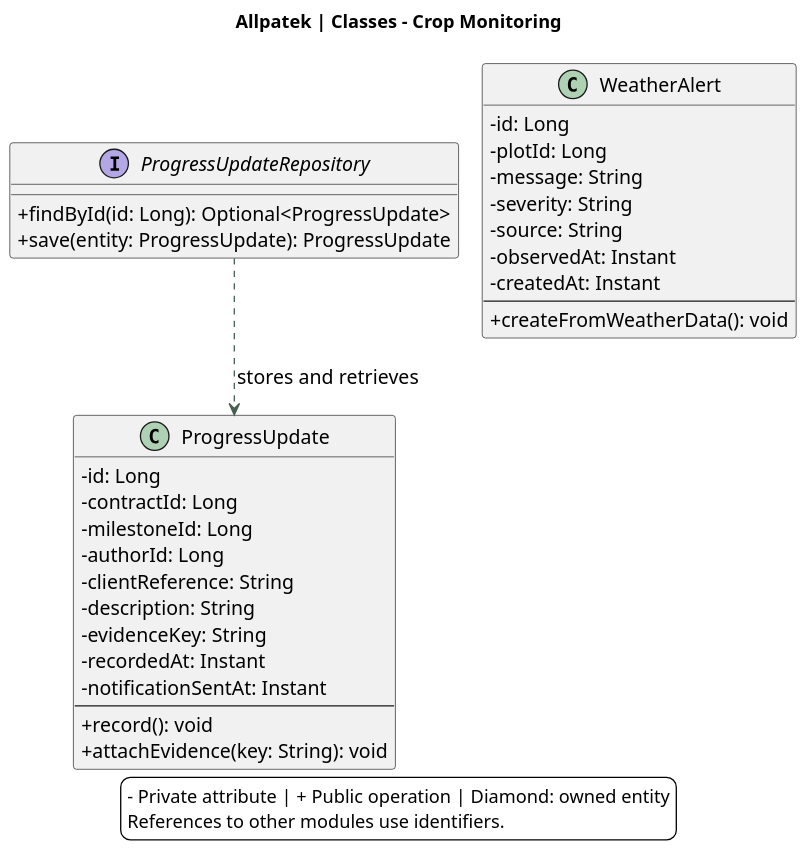
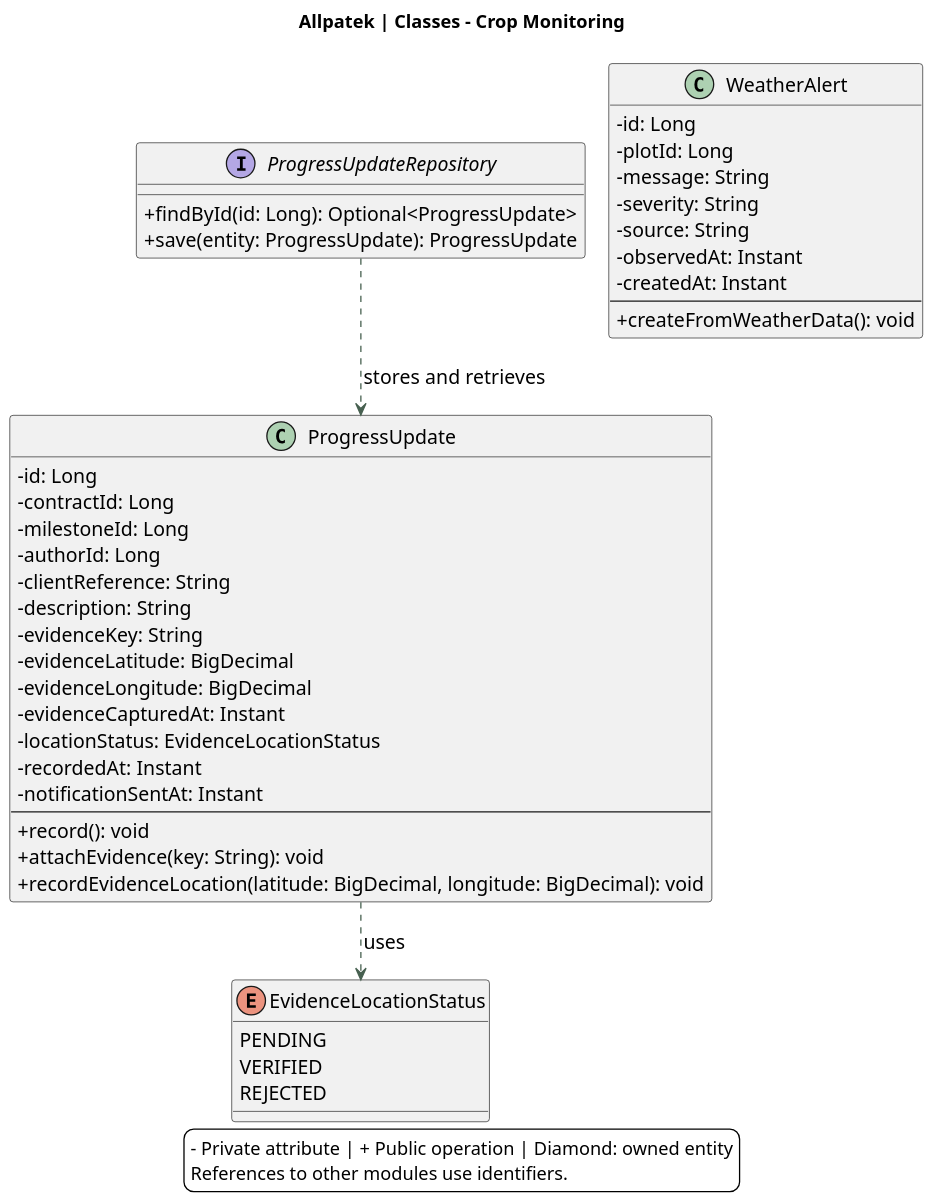
Before and after one commit to upc-pre-202620-1asi0729-7753-Terranova/allpatek-report: the diagram in assets/chapter-04/architecture/12-classes-monitoring.puml, drawn with PlantUML. The commit also changed 12 other files, not shown here.

Commit message:
docs(architecture): add verification and evidence fields

```diff
--- a/assets/chapter-04/architecture/12-classes-monitoring.puml
+++ b/assets/chapter-04/architecture/12-classes-monitoring.puml
@@ -1,46 +1,57 @@
 @startuml
 !pragma layout smetana
 skinparam backgroundColor white
 skinparam defaultFontName SansSerif
 skinparam defaultFontSize 15
 skinparam shadowing false
 skinparam classAttributeIconSize 0
 skinparam ArrowColor #476050
 skinparam dpi 140
 title Allpatek | Classes - Crop Monitoring
 top to bottom direction
 class ProgressUpdate {
  -id: Long
  -contractId: Long
  -milestoneId: Long
  -authorId: Long
  -clientReference: String
  -description: String
  -evidenceKey: String
+ -evidenceLatitude: BigDecimal
+ -evidenceLongitude: BigDecimal
+ -evidenceCapturedAt: Instant
+ -locationStatus: EvidenceLocationStatus
  -recordedAt: Instant
  -notificationSentAt: Instant
  --
 +record(): void
 +attachEvidence(key: String): void
++recordEvidenceLocation(latitude: BigDecimal, longitude: BigDecimal): void
 }
 class WeatherAlert {
  -id: Long
  -plotId: Long
  -message: String
  -severity: String
  -source: String
  -observedAt: Instant
  -createdAt: Instant
  --
 +createFromWeatherData(): void
 }
+enum EvidenceLocationStatus {
+PENDING
+VERIFIED
+REJECTED
+}
+ProgressUpdate ..> EvidenceLocationStatus : uses
 interface ProgressUpdateRepository {
  +findById(id: Long): Optional<ProgressUpdate>
  +save(entity: ProgressUpdate): ProgressUpdate
 }
 ProgressUpdateRepository ..> ProgressUpdate : stores and retrieves
 legend bottom
 - Private attribute | + Public operation | Diamond: owned entity
 References to other modules use identifiers.
 endlegend
 @enduml
```
